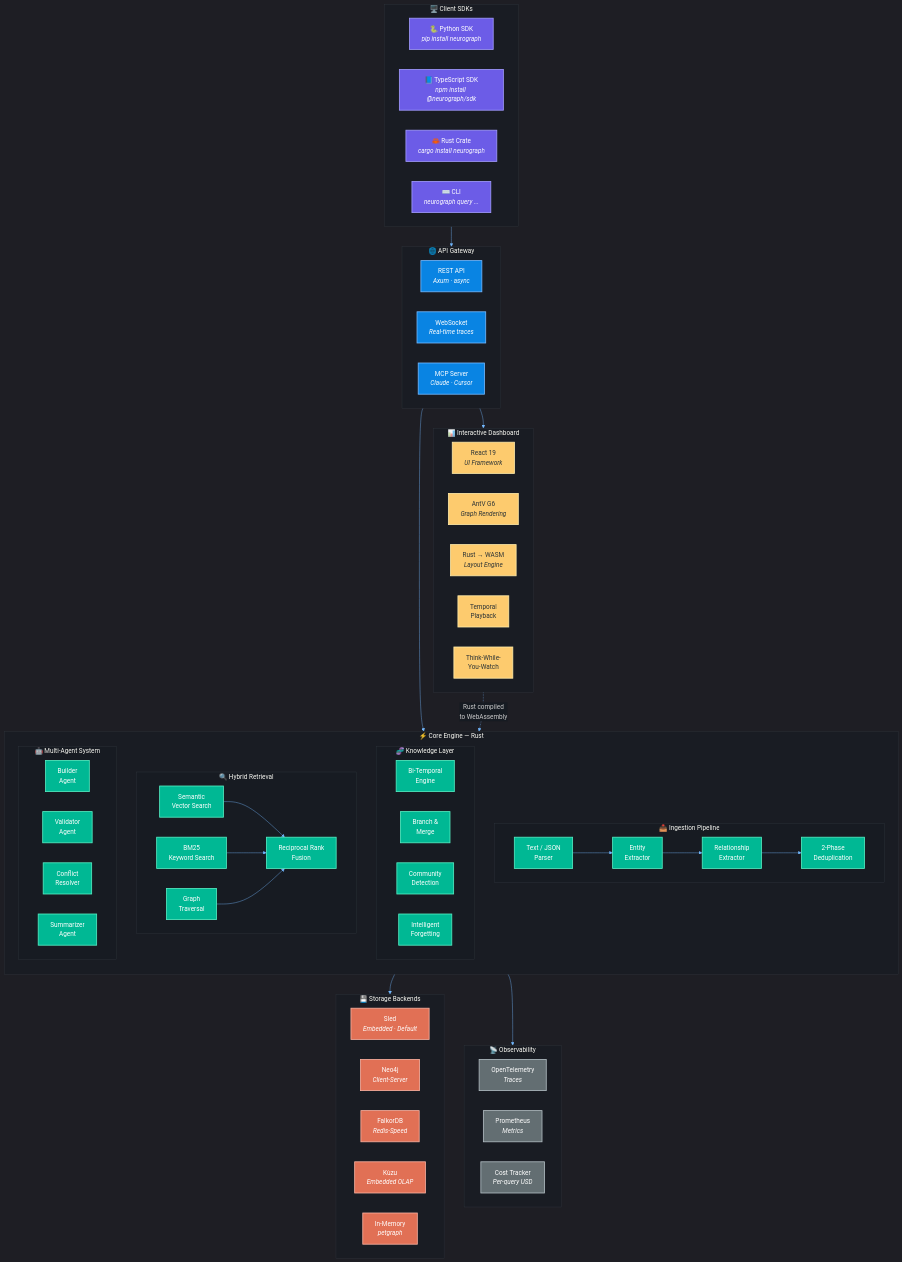
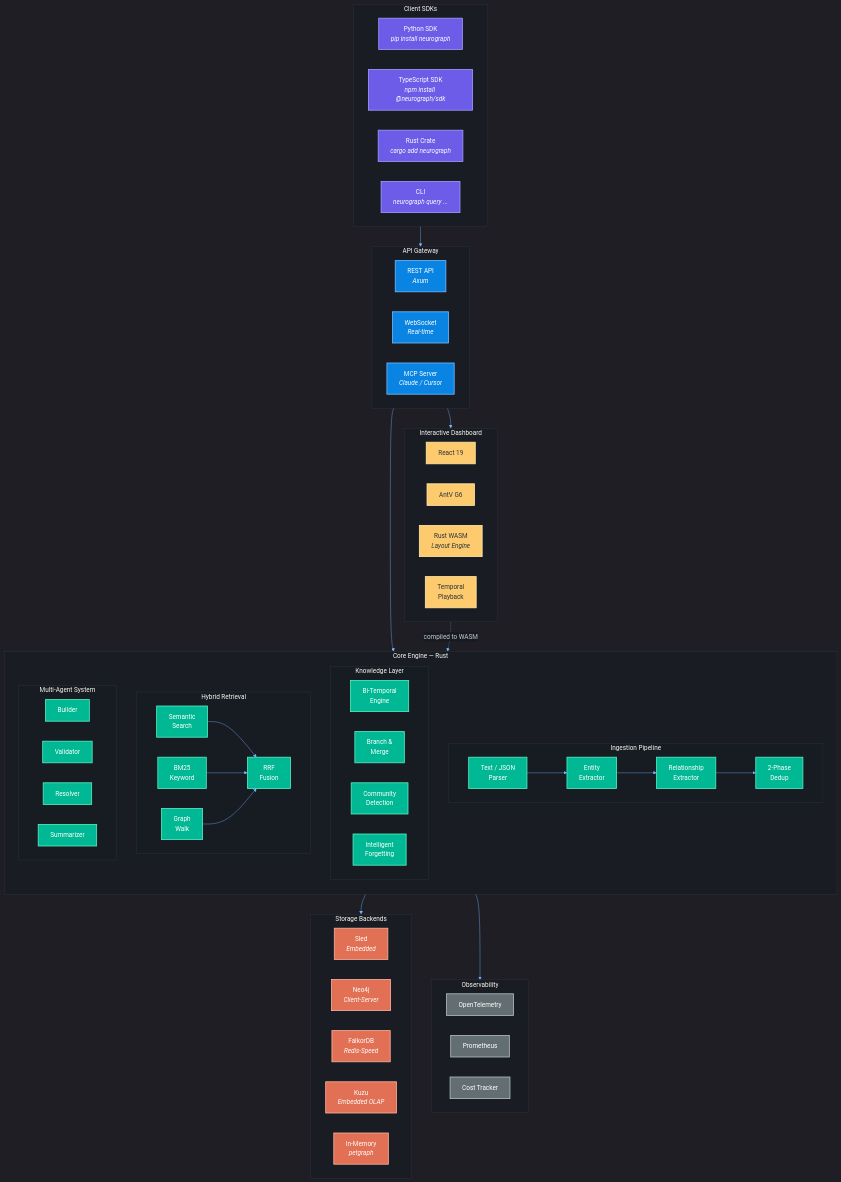
Before and after one commit to neurographai/neurograph: the diagram in README.md, drawn with Mermaid. The commit also changed other lines of this file, not shown here.

````diff
--- a/README.md
+++ b/README.md
@@ -39,33 +40,33 @@
 %%{init: {'theme': 'dark', 'themeVariables': {'primaryColor': '#6C5CE7', 'primaryTextColor': '#DFE6E9', 'primaryBorderColor': '#A29BFE', 'lineColor': '#74B9FF', 'secondaryColor': '#00CEC9', 'tertiaryColor': '#2D3436', 'background': '#0D1117', 'mainBkg': '#161B22', 'nodeBorder': '#A29BFE', 'clusterBkg': '#161B2288', 'clusterBorder': '#30363D', 'titleColor': '#F8F8F2', 'edgeLabelBackground': '#161B22'}}}%%
 
 graph TB
-    subgraph CLIENTS["🖥️ Client SDKs"]
+    subgraph CLIENTS["Client SDKs"]
         direction LR
-        PY["🐍 Python SDK<br/><i>pip install neurograph</i>"]
-        TS["📘 TypeScript SDK<br/><i>npm install @neurograph/sdk</i>"]
-        RS["🦀 Rust Crate<br/><i>cargo install neurograph</i>"]
-        CLI["⌨️ CLI<br/><i>neurograph query ...</i>"]
+        PY["Python SDK<br/><i>pip install neurograph</i>"]
+        TS["TypeScript SDK<br/><i>npm install @neurograph/sdk</i>"]
+        RS["Rust Crate<br/><i>cargo add neurograph</i>"]
+        CLI["CLI<br/><i>neurograph query ...</i>"]
     end
 
-    subgraph GATEWAY["🌐 API Gateway"]
+    subgraph GATEWAY["API Gateway"]
         direction LR
-        REST["REST API<br/><i>Axum · async</i>"]
-        WS["WebSocket<br/><i>Real-time traces</i>"]
-        MCP["MCP Server<br/><i>Claude · Cursor</i>"]
+        REST["REST API<br/><i>Axum</i>"]
+        WS["WebSocket<br/><i>Real-time</i>"]
+        MCP["MCP Server<br/><i>Claude / Cursor</i>"]
     end
 
-    subgraph ENGINE["⚡ Core Engine — Rust"]
+    subgraph ENGINE["Core Engine — Rust"]
         direction TB
 
-        subgraph INGESTION["📥 Ingestion Pipeline"]
+        subgraph INGESTION["Ingestion Pipeline"]
             direction LR
             PARSER["Text / JSON<br/>Parser"]
             NER["Entity<br/>Extractor"]
             REL["Relationship<br/>Extractor"]
-            DEDUP["2-Phase<br/>Deduplication"]
+            DEDUP["2-Phase<br/>Dedup"]
         end
 
-        subgraph KNOWLEDGE["🧬 Knowledge Layer"]
+        subgraph KNOWLEDGE["Knowledge Layer"]
             direction LR
             TEMPORAL["Bi-Temporal<br/>Engine"]
             BRANCH["Branch &<br/>Merge"]
@@ -73,46 +74,45 @@
             DECAY["Intelligent<br/>Forgetting"]
         end
 
-        subgraph RETRIEVAL["🔍 Hybrid Retrieval"]
+        subgraph RETRIEVAL["Hybrid Retrieval"]
             direction LR
-            SEMANTIC["Semantic<br/>Vector Search"]
-            BM25["BM25<br/>Keyword Search"]
-            GRAPH_WALK["Graph<br/>Traversal"]
-            RRF["Reciprocal Rank<br/>Fusion"]
+            SEMANTIC["Semantic<br/>Search"]
+            BM25["BM25<br/>Keyword"]
+            GRAPH_WALK["Graph<br/>Walk"]
+            RRF["RRF<br/>Fusion"]
         end
 
-        subgraph AGENTS["🤖 Multi-Agent System"]
+        subgraph AGENT_SYS["Multi-Agent System"]
             direction LR
-            BUILDER["Builder<br/>Agent"]
-            VALIDATOR["Validator<br/>Agent"]
-            RESOLVER["Conflict<br/>Resolver"]
-            SUMMARIZER["Summarizer<br/>Agent"]
+            BUILDER["Builder"]
+            VALIDATOR["Validator"]
+            RESOLVER["Resolver"]
+            SUMMARIZER["Summarizer"]
         end
     end
 
-    subgraph STORAGE["💾 Storage Backends"]
+    subgraph STORAGE["Storage Backends"]
         direction LR
-        SLED["Sled<br/><i>Embedded · Default</i>"]
+        SLED["Sled<br/><i>Embedded</i>"]
         NEO4J["Neo4j<br/><i>Client-Server</i>"]
         FALKOR["FalkorDB<br/><i>Redis-Speed</i>"]
-        KUZU["Kùzu<br/><i>Embedded OLAP</i>"]
+        KUZU["Kuzu<br/><i>Embedded OLAP</i>"]
         MEMORY["In-Memory<br/><i>petgraph</i>"]
     end
 
-    subgraph DASHBOARD["📊 Interactive Dashboard"]
+    subgraph DASHBOARD["Interactive Dashboard"]
         direction LR
-        REACT["React 19<br/><i>UI Framework</i>"]
-        G6["AntV G6<br/><i>Graph Rendering</i>"]
-        WASM["Rust → WASM<br/><i>Layout Engine</i>"]
+        REACT["React 19"]
+        G6["AntV G6"]
+        WASM["Rust WASM<br/><i>Layout Engine</i>"]
         TIMELINE["Temporal<br/>Playback"]
-        THINK["Think-While-<br/>You-Watch"]
     end
 
-    subgraph OBSERVE["📡 Observability"]
+    subgraph OBSERVE["Observability"]
         direction LR
-        OTEL["OpenTelemetry<br/><i>Traces</i>"]
-        PROM["Prometheus<br/><i>Metrics</i>"]
-        COST["Cost Tracker<br/><i>Per-query USD</i>"]
+        OTEL["OpenTelemetry"]
+        PROM["Prometheus"]
+        COST["Cost Tracker"]
     end
 
     CLIENTS --> GATEWAY
@@ -120,7 +120,7 @@
     ENGINE --> STORAGE
     ENGINE --> OBSERVE
     GATEWAY --> DASHBOARD
-    WASM -.->|"Rust compiled<br/>to WebAssembly"| ENGINE
+    WASM -.->|"compiled to WASM"| ENGINE
 
     PARSER --> NER --> REL --> DEDUP
     SEMANTIC --> RRF
@@ -138,6 +138,6 @@
     class REST,WS,MCP gatewayNode
     class PARSER,NER,REL,DEDUP,TEMPORAL,BRANCH,COMMUNITY,DECAY,SEMANTIC,BM25,GRAPH_WALK,RRF,BUILDER,VALIDATOR,RESOLVER,SUMMARIZER engineNode
     class SLED,NEO4J,FALKOR,KUZU,MEMORY storageNode
-    class REACT,G6,WASM,TIMELINE,THINK dashNode
+    class REACT,G6,WASM,TIMELINE dashNode
     class OTEL,PROM,COST observeNode
 ```
````
